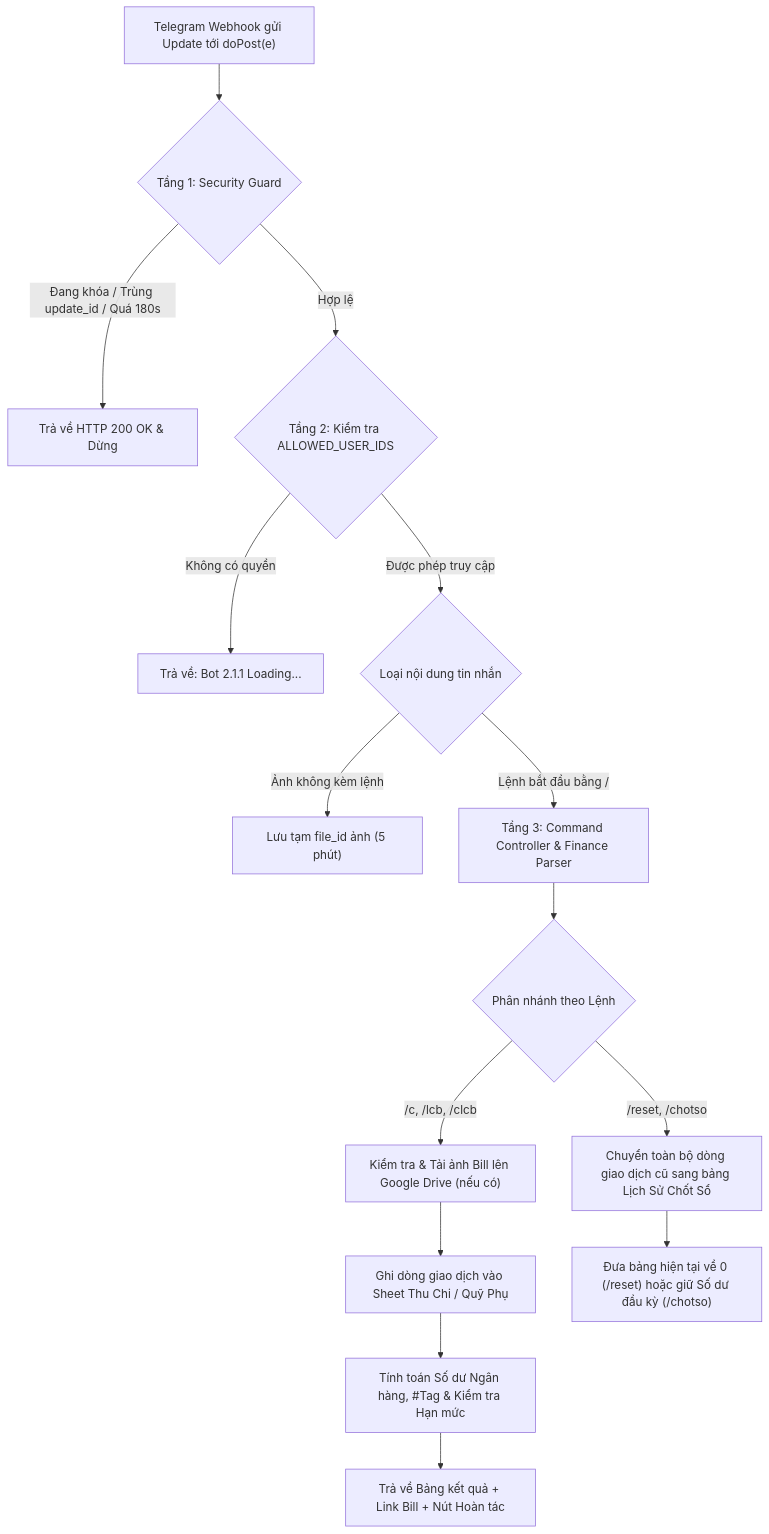
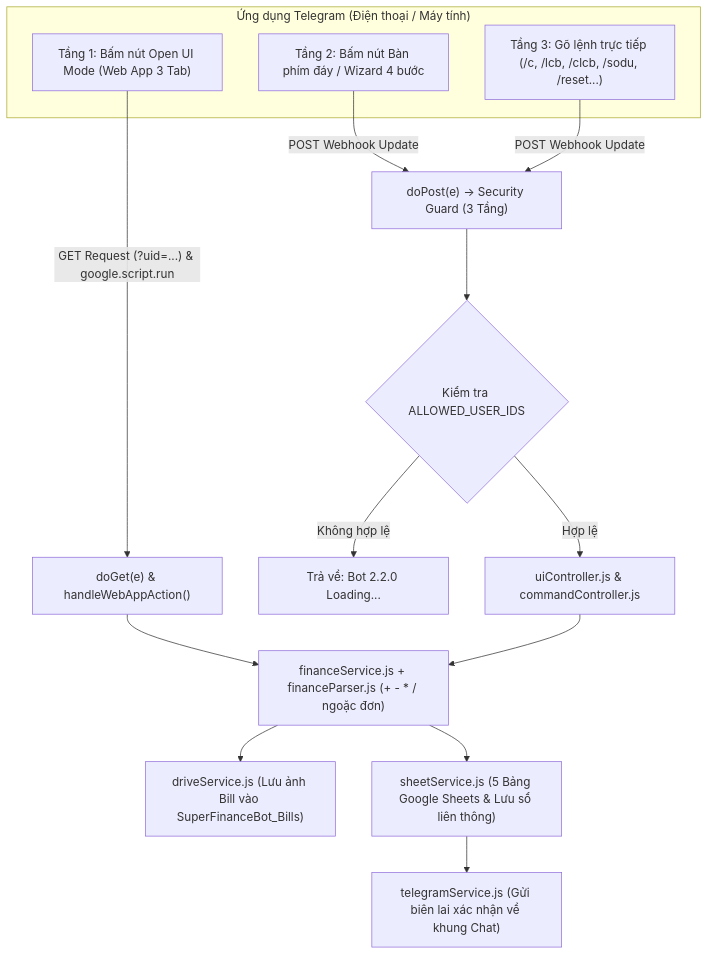
One commit to Proplasma/Telegram-GoogleAppScript-Finance-Bot changed the diagram in docs/SYSTEM_DESIGN.md. Above: the diagram before and after it, drawn with Mermaid. The commit also changed other lines of this file and 24 other files, not shown here.

````diff
--- a/docs/SYSTEM_DESIGN.md
+++ b/docs/SYSTEM_DESIGN.md
@@ -9,21 +9,23 @@
 ```mermaid
 flowchart TD
-    A["Telegram Webhook gửi Update tới doPost(e)"] --> B{"Tầng 1: Security Guard"}
-    B -- "Đang khóa / Trùng update_id / Quá 180s" --> Z["Trả về HTTP 200 OK & Dừng"]
-    B -- "Hợp lệ" --> C{"Tầng 2: Kiểm tra ALLOWED_USER_IDS"}
-    
-    C -- "Không có quyền" --> D["Trả về: Bot 2.1.1 Loading..."]
-    C -- "Được phép truy cập" --> E{"Loại nội dung tin nhắn"}
-    
-    E -- "Ảnh không kèm lệnh" --> F["Lưu tạm file_id ảnh (5 phút)"]
-    E -- "Lệnh bắt đầu bằng /" --> G["Tầng 3: Command Controller & Finance Parser"]
-    
-    G --> H{"Phân nhánh theo Lệnh"}
-    H -- "/c, /lcb, /clcb" --> I["Kiểm tra & Tải ảnh Bill lên Google Drive (nếu có)"]
-    I --> J["Ghi dòng giao dịch vào Sheet Thu Chi / Quỹ Phụ"]
-    J --> K["Tính toán Số dư Ngân hàng, #Tag & Kiểm tra Hạn mức"]
-    K --> L["Trả về Bảng kết quả + Link Bill + Nút Hoàn tác"]
-    
-    H -- "/reset, /chotso" --> M["Chuyển toàn bộ dòng giao dịch cũ sang bảng Lịch Sử Chốt Sổ"]
-    M --> N["Đưa bảng hiện tại về 0 (/reset) hoặc giữ Số dư đầu kỳ (/chotso)"]
+    subgraph TelegramClient["Ứng dụng Telegram (Điện thoại / Máy tính)"]
+        U1["Tầng 1: Bấm nút Open UI Mode (Web App 3 Tab)"]
+        U2["Tầng 2: Bấm nút Bàn phím đáy / Wizard 4 bước"]
+        U3["Tầng 3: Gõ lệnh trực tiếp (/c, /lcb, /clcb, /sodu, /reset...)"]
+    end
+
+    U1 -- "GET Request (?uid=...) & google.script.run" --> DOGET["doGet(e) & handleWebAppAction()"]
+    U2 -- "POST Webhook Update" --> DOPOST["doPost(e) -> Security Guard (3 Tầng)"]
+    U3 -- "POST Webhook Update" --> DOPOST
+
+    DOPOST --> AUTH{"Kiểm tra ALLOWED_USER_IDS"}
+    AUTH -- "Không hợp lệ" --> BLOCK["Trả về: Bot 2.2.0 Loading..."]
+    AUTH -- "Hợp lệ" --> ROUTER["uiController.js & commandController.js"]
+
+    DOGET --> SERVICE["financeService.js + financeParser.js (+ - * / ngoặc đơn)"]
+    ROUTER --> SERVICE
+
+    SERVICE --> DRIVE["driveService.js (Lưu ảnh Bill vào SuperFinanceBot_Bills)"]
+    SERVICE --> SHEET["sheetService.js (5 Bảng Google Sheets & Lưu sổ liên thông)"]
+    SHEET --> NOTIFY["telegramService.js (Gửi biên lai xác nhận về khung Chat)"]
 ```
````
